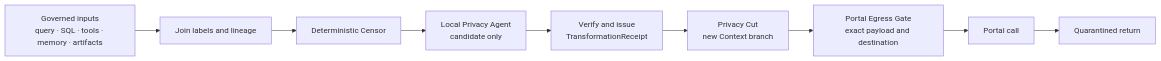
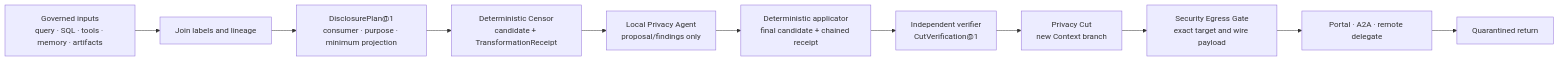
Before and after one commit to hexanomicon/lychd: the diagram in docs/sepulcher/extensions/weaver/anonymization.md, drawn with Mermaid. The commit also changed other lines of this file and 35 other files, not shown here.

````diff
--- a/docs/sepulcher/extensions/weaver/anonymization.md
+++ b/docs/sepulcher/extensions/weaver/anonymization.md
@@ -44,11 +44,13 @@
 ```mermaid
 flowchart LR
     A["Governed inputs<br/>query · SQL · tools · memory · artifacts"] --> B["Join labels and lineage"]
-    B --> C["Deterministic Censor"]
-    C --> D["Local Privacy Agent<br/>candidate only"]
-    D --> E["Verify and issue<br/>TransformationReceipt"]
-    E --> F["Privacy Cut<br/>new Context branch"]
-    F --> G["Portal Egress Gate<br/>exact payload and destination"]
-    G --> H["Portal call"]
-    H --> I["Quarantined return"]
+    B --> C["DisclosurePlan@1<br/>consumer · purpose · minimum projection"]
+    C --> D["Deterministic Censor<br/>candidate + TransformationReceipt"]
+    D --> E["Local Privacy Agent<br/>proposal/findings only"]
+    E --> F["Deterministic applicator<br/>final candidate + chained receipt"]
+    F --> G["Independent verifier<br/>CutVerification@1"]
+    G --> H["Privacy Cut<br/>new Context branch"]
+    H --> I["Security Egress Gate<br/>exact target and wire payload"]
+    I --> J["Portal · A2A · remote delegate"]
+    J --> K["Quarantined return"]
 ```
````
